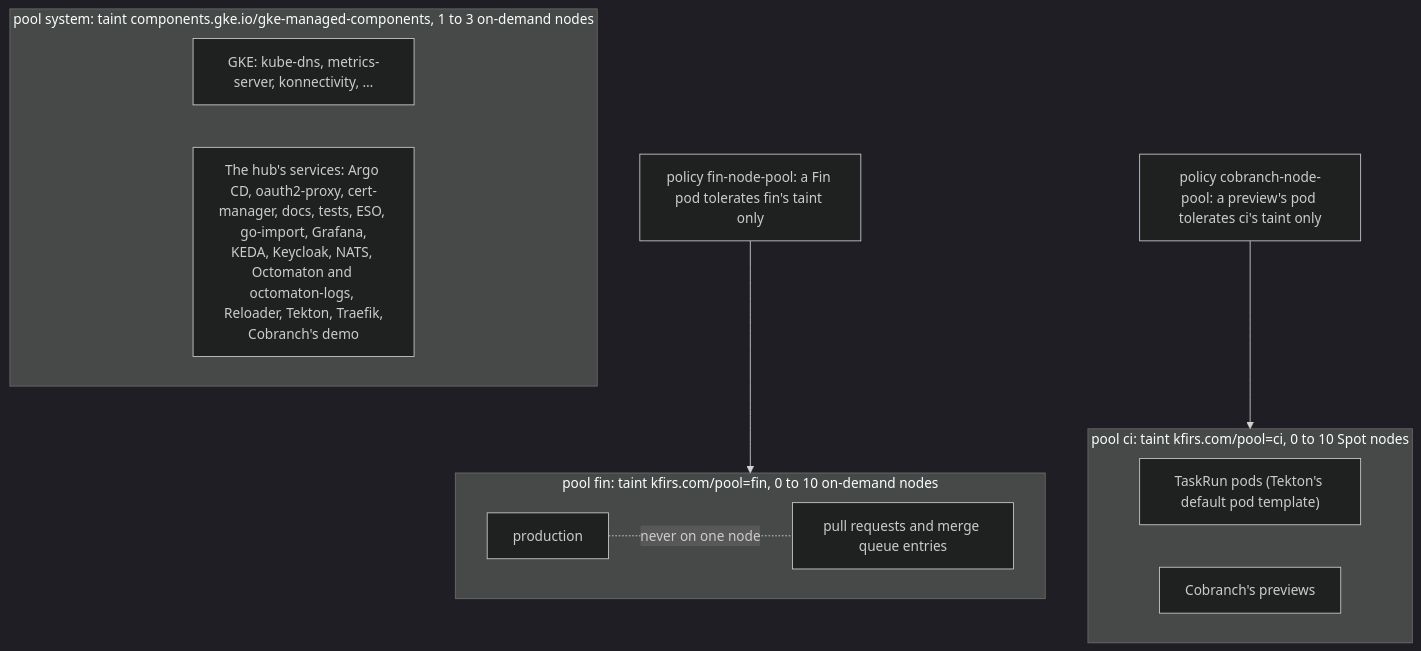
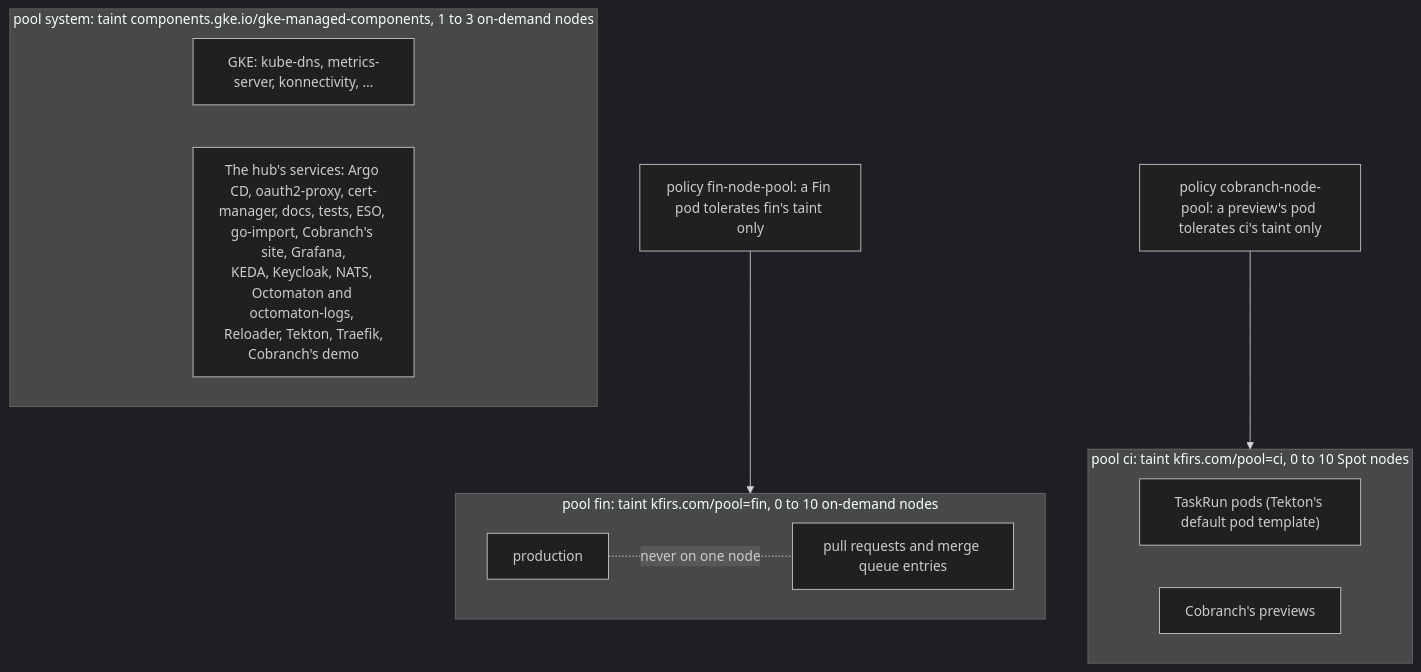
One commit to arikkfir-org/delivery changed the diagram in docs/delivery/designs/node-pools.md. Above: the diagram before and after it, drawn with Mermaid (dark theme). The commit also changed other lines of this file and 4 other files, not shown here.

First line of the commit message:
docs: name cobranch-site wherever the hub lists its public sites

````diff
--- a/docs/delivery/designs/node-pools.md
+++ b/docs/delivery/designs/node-pools.md
@@ -19,18 +19,18 @@
 ```mermaid
 flowchart TB
   subgraph system["pool system: taint components.gke.io/gke-managed-components, 1 to 3 on-demand nodes"]
     GKE["GKE: kube-dns, metrics-server, konnectivity, …"]
-    Hub["The hub's services: Argo CD, oauth2-proxy, cert-manager, docs, tests, ESO, go-import, Grafana,<br/>KEDA, Keycloak, NATS, Octomaton and octomaton-logs, Reloader, Tekton, Traefik,<br/>Cobranch's demo"]
+    Hub["The hub's services: Argo CD, oauth2-proxy, cert-manager, docs, tests, ESO, go-import, Cobranch's site, Grafana,<br/>KEDA, Keycloak, NATS, Octomaton and octomaton-logs, Reloader, Tekton, Traefik,<br/>Cobranch's demo"]
   end
   subgraph ci["pool ci: taint kfirs.com/pool=ci, 0 to 10 Spot nodes"]
     Runs["TaskRun pods (Tekton's default pod template)"]
     Previews["Cobranch's previews"]
   end
   subgraph fin["pool fin: taint kfirs.com/pool=fin, 0 to 10 on-demand nodes"]
     Prod["production"]
     PRs["pull requests and merge queue entries"]
   end
   Prod -. "never on one node" .- PRs
   Policy["policy fin-node-pool: a Fin pod tolerates fin's taint only"] --> fin
   PolicyDH["policy cobranch-node-pool: a preview's pod tolerates ci's taint only"] --> ci
 ```
````
